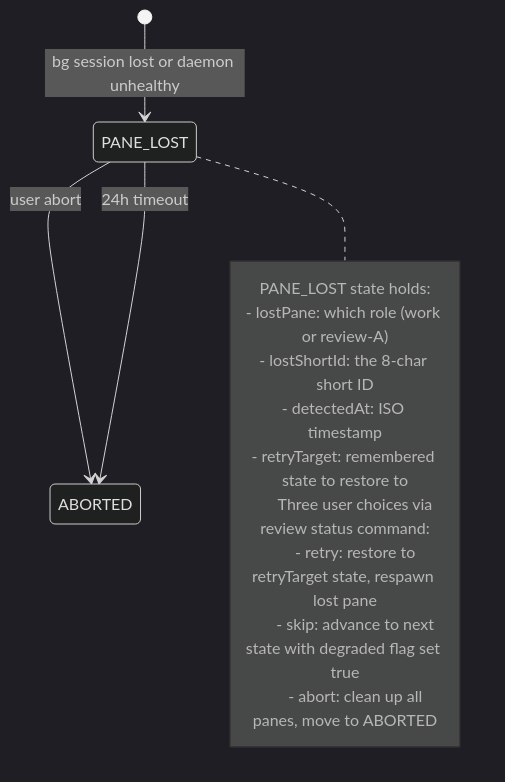
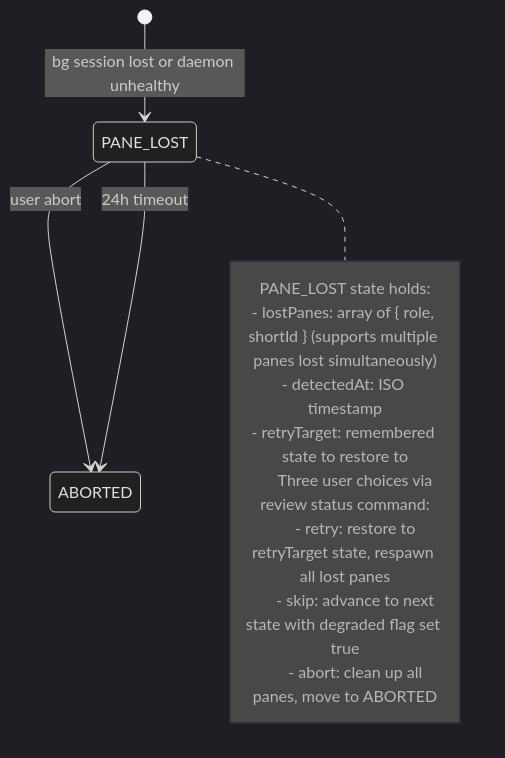
Before and after one commit to yujuntea/cc-linker: the second of 2 diagrams in docs/superpowers/specs/2026-06-14-multi-model-review-engine-v2.1-design.md, drawn with Mermaid (dark theme). The commit also changed other lines of this file, not shown here.

````diff
--- a/docs/superpowers/specs/2026-06-14-multi-model-review-engine-v2.1-design.md
+++ b/docs/superpowers/specs/2026-06-14-multi-model-review-engine-v2.1-design.md
@@ -606,22 +610,21 @@
 ```mermaid
 stateDiagram-v2
     direction TB
 
     [*] --> PANE_LOST : bg session lost or daemon unhealthy
 
     PANE_LOST --> ABORTED : user abort
     PANE_LOST --> ABORTED : 24h timeout
 
     note right of PANE_LOST
       PANE_LOST state holds:
-      - lostPane: which role (work or review-A)
-      - lostShortId: the 8-char short ID
+      - lostPanes: array of { role, shortId } (supports multiple panes lost simultaneously)
       - detectedAt: ISO timestamp
       - retryTarget: remembered state to restore to
 
       Three user choices via review status command:
-      - retry: restore to retryTarget state, respawn lost pane
+      - retry: restore to retryTarget state, respawn all lost panes
       - skip: advance to next state with degraded flag set true
       - abort: clean up all panes, move to ABORTED
     end note
 ```
````
